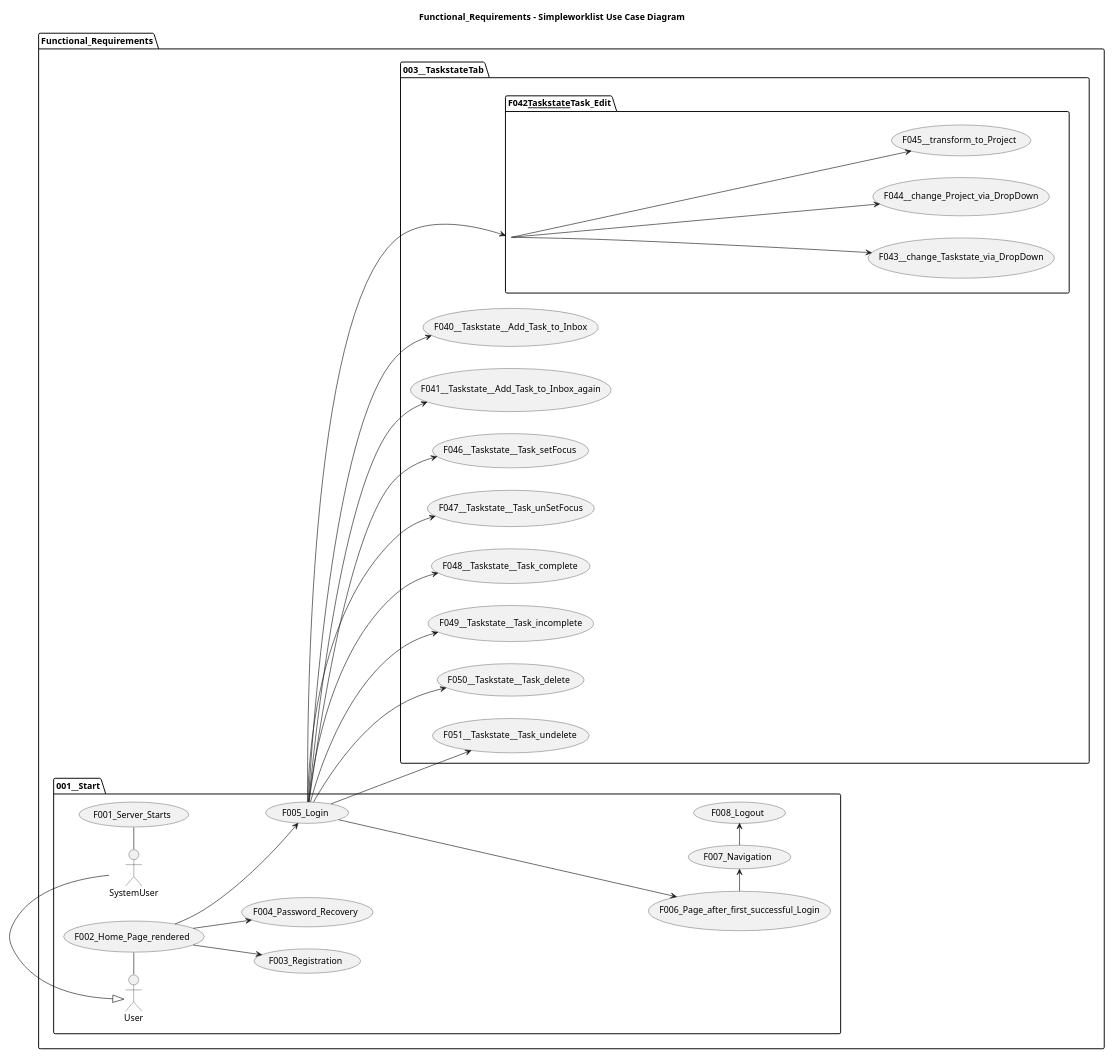
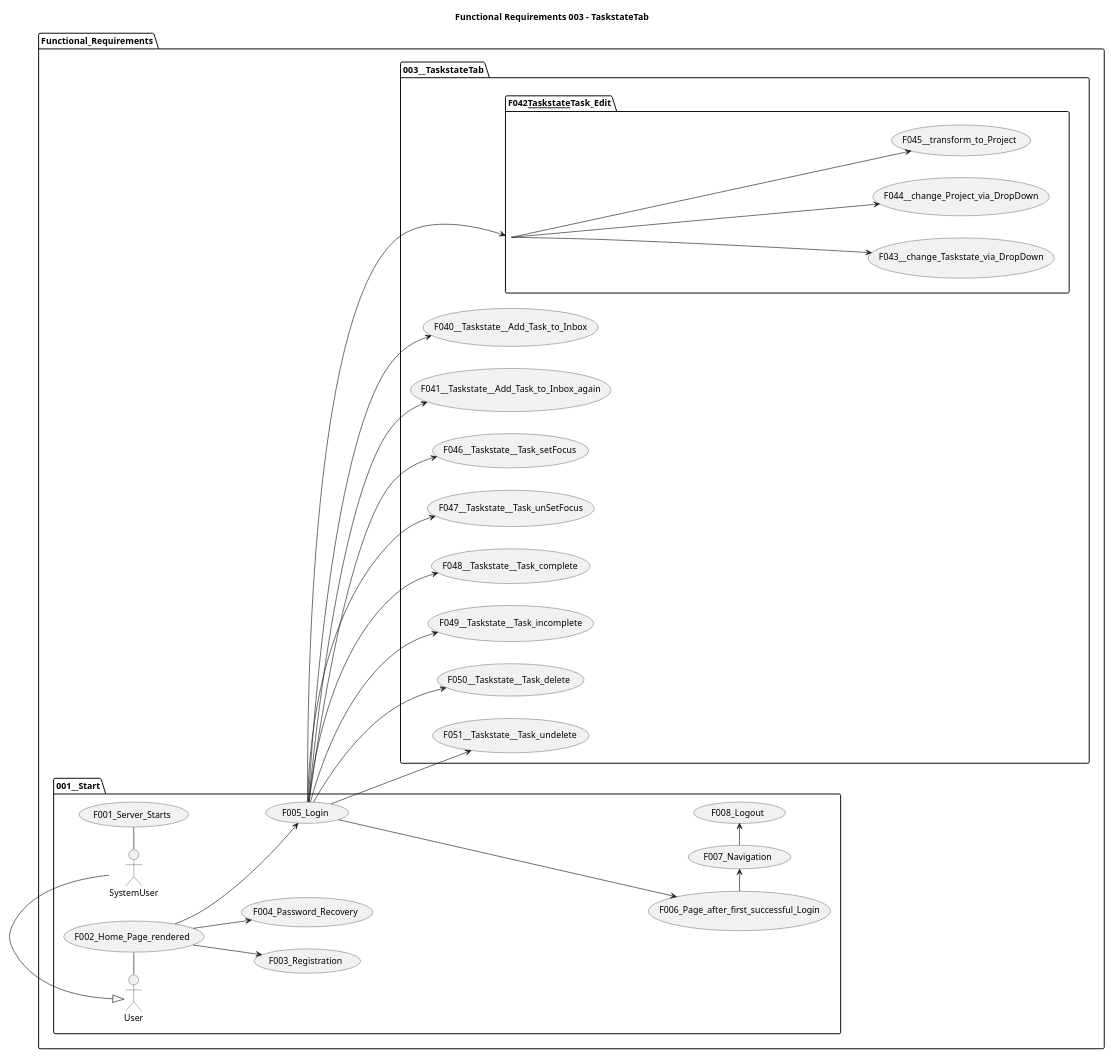
The diagram in src/main/plantuml/Simpleworklist__Use_Cases__003__TaskstateTab.puml (Spring-Framework-Java-Apps/simpleworklist), drawn with PlantUML before and after one commit. The commit also changed 15 other files, not shown here.

```diff
--- a/src/main/plantuml/Simpleworklist__Use_Cases__003__TaskstateTab.puml
+++ b/src/main/plantuml/Simpleworklist__Use_Cases__003__TaskstateTab.puml
@@ -1,45 +1,45 @@
 @startuml
 
-title Functional_Requirements - Simpleworklist Use Case Diagram
+title Functional Requirements 003 - TaskstateTab
 
 left to right direction
 'top to bottom direction
 
 'https://plantuml.com/use-case-diagram
 
 scale 1200 width
 
 package Functional_Requirements {
 
   package 001__Start {
     SystemUser - (F001_Server_Starts)
     User - (F002_Home_Page_rendered)
     (F002_Home_Page_rendered) --> (F003_Registration)
     (F002_Home_Page_rendered) --> (F004_Password_Recovery)
     (F002_Home_Page_rendered) --> (F005_Login)
     (F005_Login) ---> (F006_Page_after_first_successful_Login)
     (F006_Page_after_first_successful_Login) -> (F007_Navigation)
     (F007_Navigation) -> (F008_Logout)
 
     User <|- SystemUser
   }
 
   package 003__TaskstateTab {
     (F005_Login) --> (F040__Taskstate__Add_Task_to_Inbox)
     (F005_Login) --> (F041__Taskstate__Add_Task_to_Inbox_again)
     (F005_Login) --> (F042__Taskstate__Task_Edit)
     package F042__Taskstate__Task_Edit {
       (F042__Taskstate__Task_Edit) ---> (F043__change_Taskstate_via_DropDown)
       (F042__Taskstate__Task_Edit) ---> (F044__change_Project_via_DropDown)
       (F042__Taskstate__Task_Edit) ---> (F045__transform_to_Project)
     }
     (F005_Login) --> (F046__Taskstate__Task_setFocus)
     (F005_Login) --> (F047__Taskstate__Task_unSetFocus)
     (F005_Login) --> (F048__Taskstate__Task_complete)
     (F005_Login) --> (F049__Taskstate__Task_incomplete)
     (F005_Login) --> (F050__Taskstate__Task_delete)
     (F005_Login) --> (F051__Taskstate__Task_undelete)
   }
 
 }
 @enduml
```
